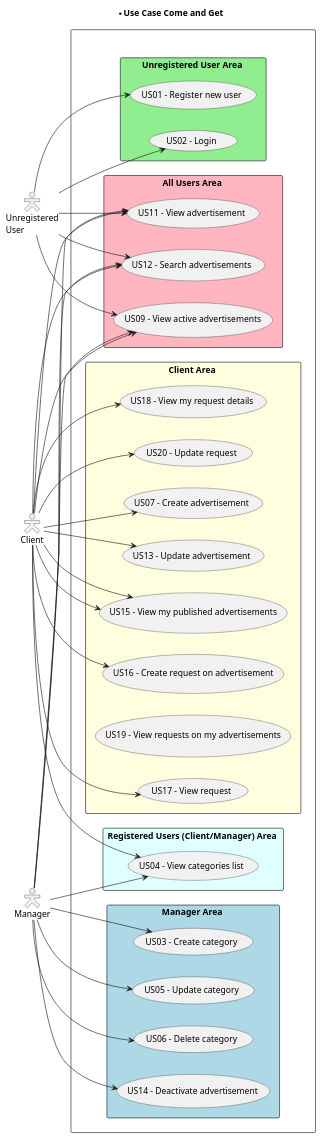
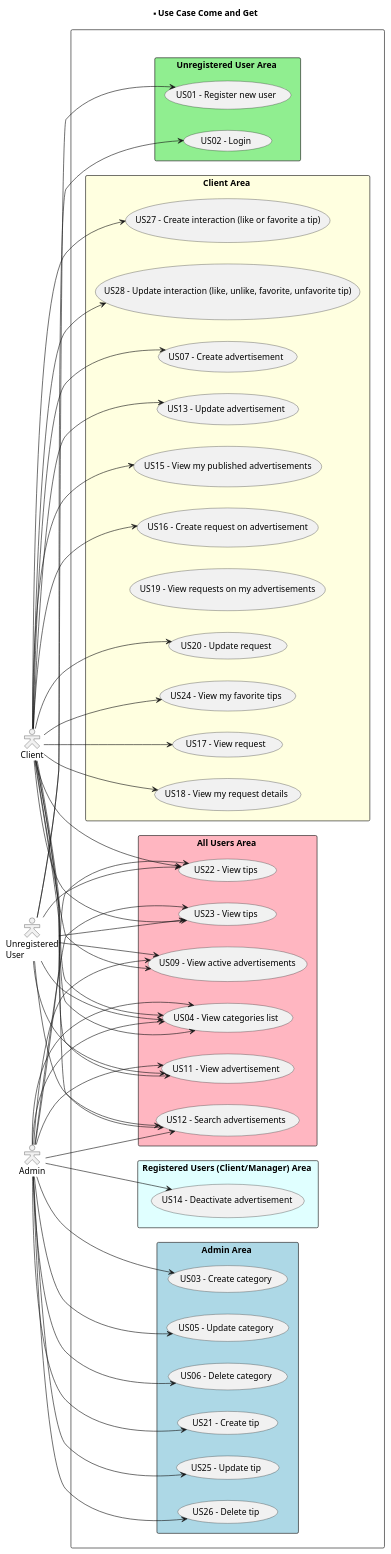
One commit to vivianeaalmeida/ComeAndGet changed the diagram in Docs/global-artifacts/01-requirements-engineering/UCD.puml. Above: the diagram before and after it, drawn with PlantUML. The commit also changed 5 other files, not shown here.

```diff
--- a/Docs/global-artifacts/01-requirements-engineering/UCD.puml
+++ b/Docs/global-artifacts/01-requirements-engineering/UCD.puml
@@ -1,84 +1,105 @@
 @startuml
 
 title ******* Use Case Come and Get
 
 left to right direction
 skinparam actorStyle hollow
   actor "Unregistered\nUser"
   actor "Client"
-  actor "Manager"
+  actor Admin
 
 
 rectangle " " as usecase1 {
 
     rectangle "All Users Area " as usecase2 #Lightpink{
 
+            usecase "US04 - View categories list" as US04
             usecase "US09 - View active advertisements" as US09
             usecase "US11 - View advertisement" as US11
             usecase "US12 - Search advertisements" as US12
+            usecase "US22 - View tips" as US22
+            usecase "US23 - View tips" as US23
 
-            "Client" --> US09
-            "Client" --> US11
-            "Client" --> US12
+            Client --> US04
+            Client --> US09
+            Client --> US11
+            Client --> US12
+            Client --> US22
+            Client --> US23
+            "Unregistered\nUser" --> US04
             "Unregistered\nUser" --> US09
             "Unregistered\nUser" --> US11
             "Unregistered\nUser" --> US12
-            "Manager" --> US09
-            "Manager" --> US11
-            "Manager" --> US12
+            "Unregistered\nUser" --> US22
+            "Unregistered\nUser" --> US23
+            Admin --> US04
+            Admin --> US09
+            Admin --> US11
+            Admin --> US12
+            Admin --> US22
+            Admin --> US23
          }
 
     rectangle "Unregistered User Area " as usecase3 #Lightgreen{
 
             usecase "US01 - Register new user" as US01
             usecase "US02 - Login" as US02
 
             "Unregistered\nUser" --> US01
             "Unregistered\nUser" --> US02
          }
 
     rectangle "Registered Users (Client/Manager) Area " as usecase4 #Lightcyan{
 
-            usecase "US04 - View categories list" as US04
+
+            usecase "US14 - Deactivate advertisement" as US14
 
             "Client" --> US04
-            "Manager" --> US04
+            Admin --> US04
          }
 
      rectangle "Client Area " as usecase5 #Lightyellow{
 
 
             usecase "US07 - Create advertisement" as US07
             usecase "US13 - Update advertisement" as US13
             usecase "US15 - View my published advertisements" as US15
             usecase "US16 - Create request on advertisement" as US16
             usecase "US17 - View request" as US17
             usecase "US18 - View my request details" as US18
             usecase "US19 - View requests on my advertisements" as US19
             usecase "US20 - Update request" as US20
+            usecase "US24 - View my favorite tips" as US24
+            usecase "US27 - Create interaction (like or favorite a tip)" as US27
+            usecase "US28 - Update interaction (like, unlike, favorite, unfavorite tip)" as US28
 
-            "Client" --> US15
-            "Client" --> US20
-            "Client" --> US18
-            "Client" --> US17
-            "Client" --> US16
-            "Client" --> US15
-            "Client" --> US13
-            "Client" --> US07
-
+            Client --> US07
+            Client --> US13
+            Client --> US15
+            Client --> US16
+            Client --> US17
+            Client --> US18
+            Client --> US20
+            Client --> US24
+            Client --> US27
+            Client --> US28
         }
 
-    rectangle "Manager Area " as usecase6 #Lightblue{
+    rectangle "Admin Area " as usecase6 #Lightblue{
 
             usecase "US03 - Create category" as US03
             usecase "US05 - Update category" as US05
             usecase "US06 - Delete category" as US06
-            usecase "US14 - Deactivate advertisement" as US14
+            usecase "US21 - Create tip" as US21
+            usecase "US25 - Update tip" as US25
+            usecase "US26 - Delete tip" as US26
 
-            "Manager" --> US03
-            "Manager" --> US05
-            "Manager" --> US06
-            "Manager" --> US14
-        }
-}
+            Admin --> US03
+            Admin --> US05
+            Admin --> US06
+            Admin --> US14
+            Admin --> US21
+            Admin --> US25
+            Admin --> US26
+    }
 @enduml
```
